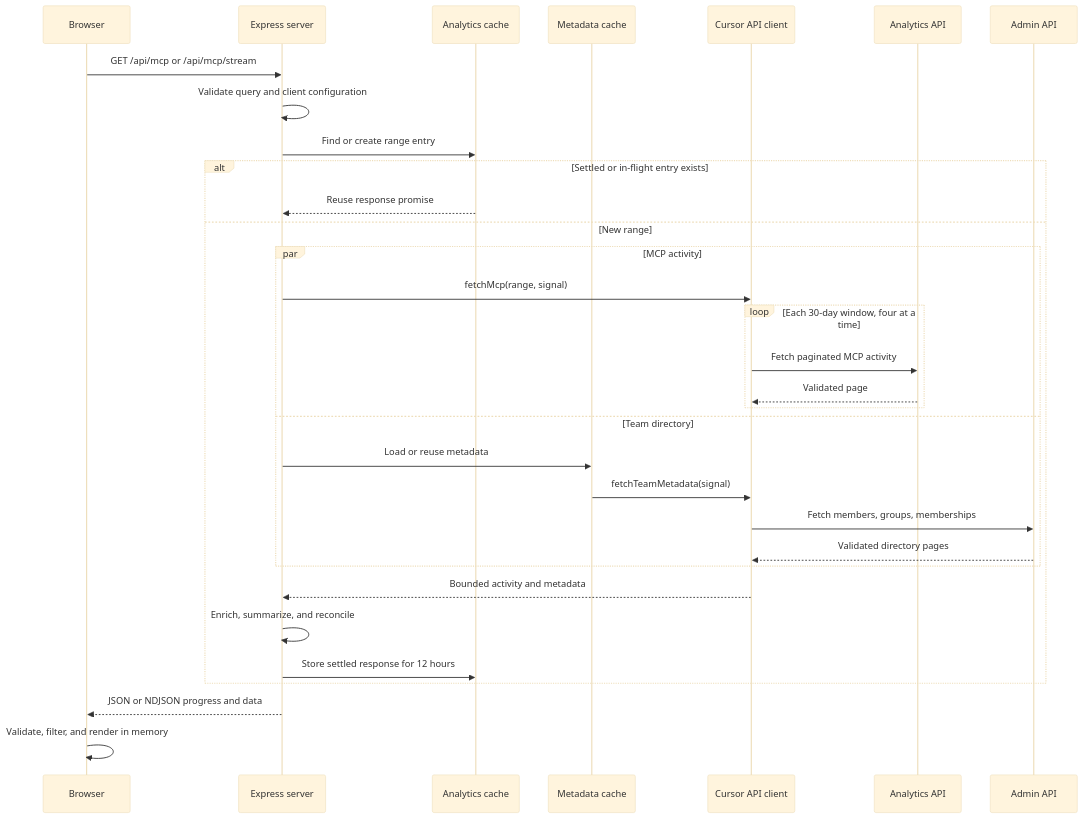
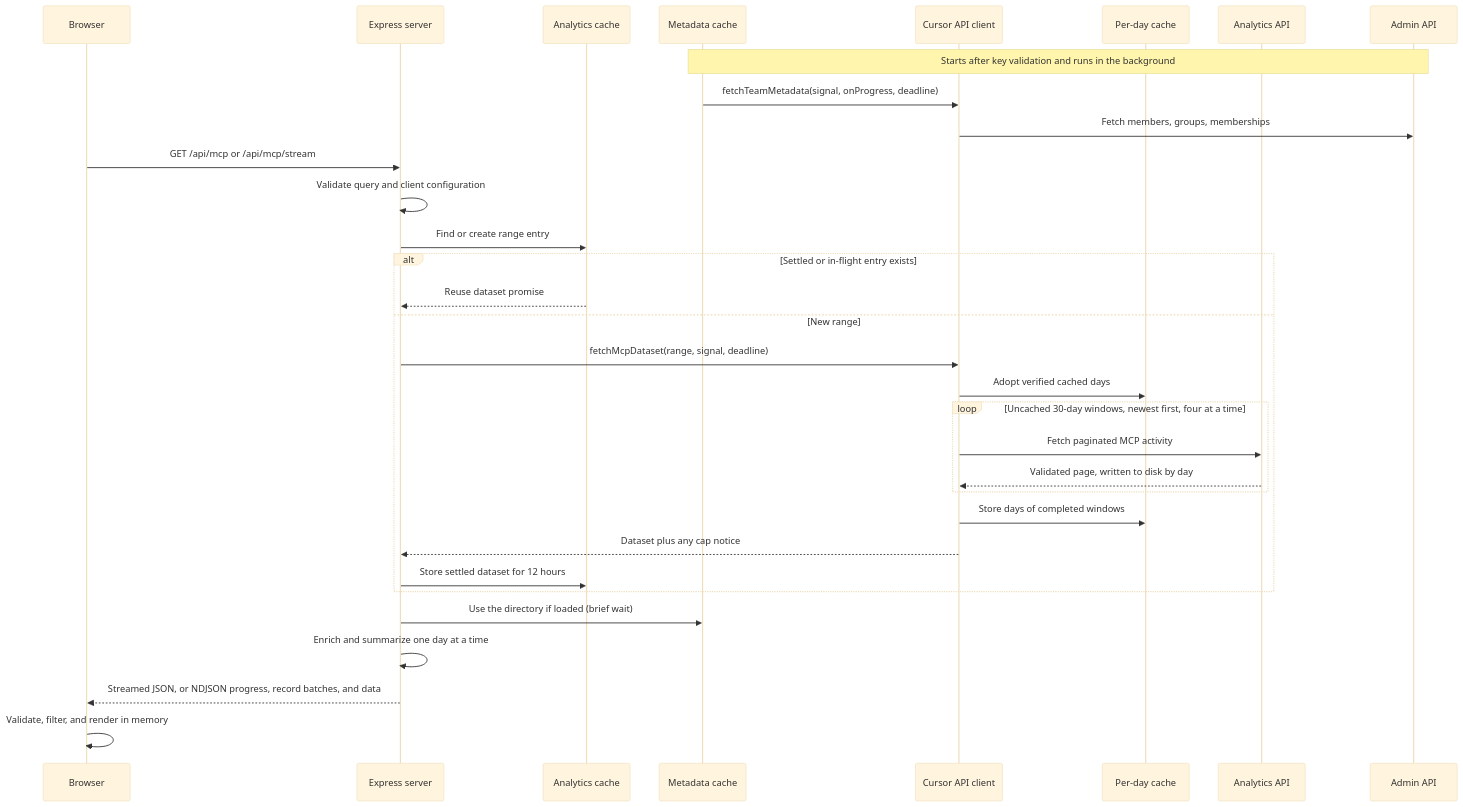
One commit to danielpilla/mcp-adoption-dashboard changed the second of 4 diagrams in docs/architecture.md. Above: the diagram before and after it, drawn with Mermaid (base theme). The commit also changed other lines of this file and 42 other files, not shown here.

First line of the commit message:
Return partial data at configurable caps, cache completed days, and load the directory in the background (#11)

````diff
--- a/docs/architecture.md
+++ b/docs/architecture.md
@@ -36,35 +38,35 @@
 ```mermaid
 sequenceDiagram
   participant Browser
   participant HTTP as Express server
   participant Cache as Analytics cache
   participant Metadata as Metadata cache
   participant Client as Cursor API client
+  participant Days as Per-day cache
   participant Analytics as Analytics API
   participant Admin as Admin API
 
+  Note over Metadata,Admin: Starts after key validation and runs in the background
+  Metadata->>Client: fetchTeamMetadata(signal, onProgress, deadline)
+  Client->>Admin: Fetch members, groups, memberships
   Browser->>HTTP: GET /api/mcp or /api/mcp/stream
   HTTP->>HTTP: Validate query and client configuration
   HTTP->>Cache: Find or create range entry
   alt Settled or in-flight entry exists
-    Cache-->>HTTP: Reuse response promise
+    Cache-->>HTTP: Reuse dataset promise
   else New range
-    par MCP activity
-      HTTP->>Client: fetchMcp(range, signal)
-      loop Each 30-day window, four at a time
-        Client->>Analytics: Fetch paginated MCP activity
-        Analytics-->>Client: Validated page
-      end
-    and Team directory
-      HTTP->>Metadata: Load or reuse metadata
-      Metadata->>Client: fetchTeamMetadata(signal)
-      Client->>Admin: Fetch members, groups, memberships
-      Admin-->>Client: Validated directory pages
+    HTTP->>Client: fetchMcpDataset(range, signal, deadline)
+    Client->>Days: Adopt verified cached days
+    loop Uncached 30-day windows, newest first, four at a time
+      Client->>Analytics: Fetch paginated MCP activity
+      Analytics-->>Client: Validated page, written to disk by day
     end
-    Client-->>HTTP: Bounded activity and metadata
-    HTTP->>HTTP: Enrich, summarize, and reconcile
-    HTTP->>Cache: Store settled response for 12 hours
+    Client->>Days: Store days of completed windows
+    Client-->>HTTP: Dataset plus any cap notice
+    HTTP->>Cache: Store settled dataset for 12 hours
   end
-  HTTP-->>Browser: JSON or NDJSON progress and data
+  HTTP->>Metadata: Use the directory if loaded (brief wait)
+  HTTP->>HTTP: Enrich and summarize one day at a time
+  HTTP-->>Browser: Streamed JSON, or NDJSON progress, record batches, and data
   Browser->>Browser: Validate, filter, and render in memory
 ```
````
